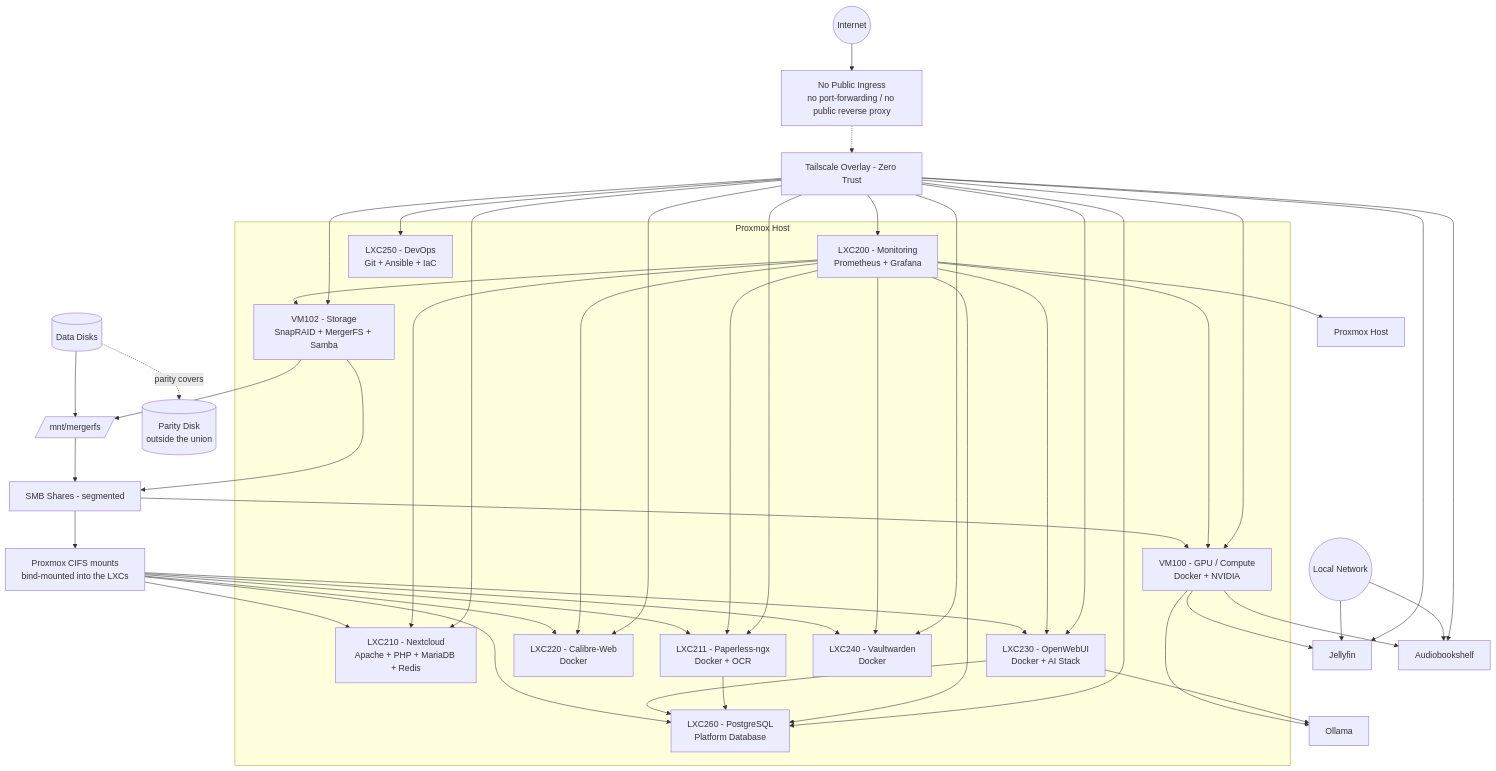
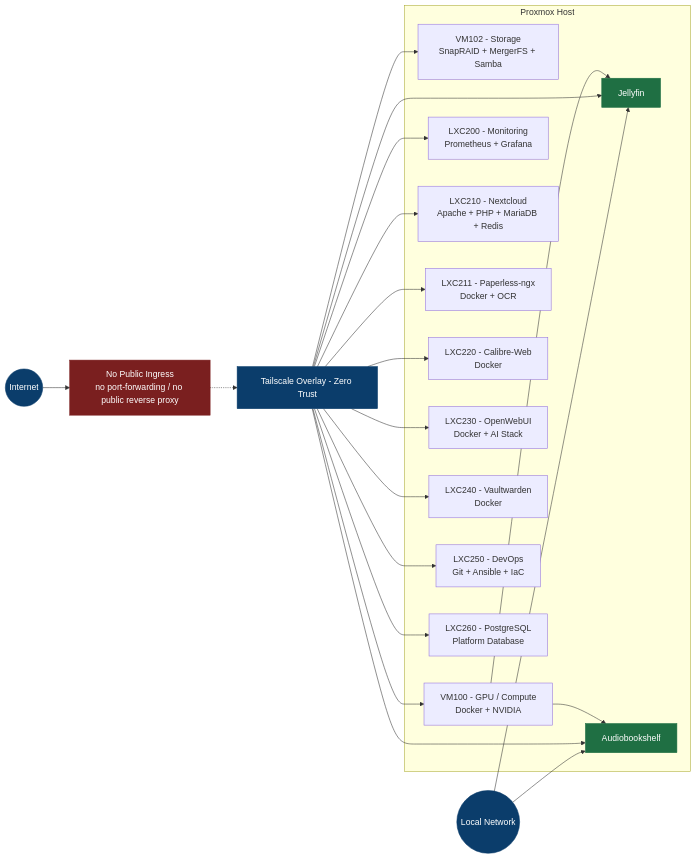
The first of 3 diagrams in docs/architecture/diagram.md (sohanreddyk/homelab-server-architecture), drawn with Mermaid before and after one commit. The commit also changed other lines of this file and 3 other files, not shown here.

````diff
--- a/docs/architecture/diagram.md
+++ b/docs/architecture/diagram.md
@@ -11,7 +22,6 @@
 ```mermaid
-flowchart TB
+flowchart LR
 
-  %% Access Layers
   Internet((Internet))
   LAN((Local Network))
   TS[Tailscale Overlay - Zero Trust]
@@ -20,8 +30,7 @@
   Internet --> NoPublic
   NoPublic -.-> TS
 
-  %% Proxmox Layer
-  subgraph Proxmox Host
+  subgraph host[Proxmox Host]
     VM102[VM102 - Storage<br/>SnapRAID + MergerFS + Samba]
     VM100[VM100 - GPU / Compute<br/>Docker + NVIDIA]
     LXC200[LXC200 - Monitoring<br/>Prometheus + Grafana]
@@ -32,55 +41,13 @@
     LXC240[LXC240 - Vaultwarden<br/>Docker]
     LXC250[LXC250 - DevOps<br/>Git + Ansible + IaC]
     LXC260[LXC260 - PostgreSQL<br/>Platform Database]
+    Jellyfin[Jellyfin]
+    ABS[Audiobookshelf]
   end
 
-  %% Storage Internals
-  Disks[(Data Disks)]
-  Parity[(Parity Disk<br/>outside the union)]
-  MergerFS[/mnt/mergerfs/]
-  Samba[SMB Shares - segmented]
-  HostCIFS[Proxmox CIFS mounts<br/>bind-mounted into the LXCs]
+  VM100 --> Jellyfin
+  VM100 --> ABS
 
-  Disks --> MergerFS
-  Disks -.parity covers.-> Parity
-  MergerFS --> Samba
-  VM102 --> MergerFS
-  VM102 --> Samba
-
-  %% Storage Consumers
-  %% VM100 mounts CIFS itself; the LXCs do not - the host mounts and binds in.
-  Samba --> VM100
-  Samba --> HostCIFS
-  HostCIFS --> LXC210
-  HostCIFS --> LXC211
-  HostCIFS --> LXC220
-  HostCIFS --> LXC230
-  HostCIFS --> LXC240
-  HostCIFS --> LXC260
-
-  %% Database Dependency
-  LXC230 --> LXC260
-  LXC211 --> LXC260
-
-  %% VM100 Services
-  VM100 --> Jellyfin[Jellyfin]
-  VM100 --> ABS[Audiobookshelf]
-  VM100 --> Ollama[Ollama]
-  LXC230 --> Ollama
-
-  %% Monitoring Targets - LXC250 is absent on purpose: it is in no inventory group
-  %% and therefore in no scrape config. That gap is the point, not an omission.
-  LXC200 --> Host[Proxmox Host]
-  LXC200 --> VM102
-  LXC200 --> VM100
-  LXC200 --> LXC210
-  LXC200 --> LXC211
-  LXC200 --> LXC220
-  LXC200 --> LXC230
-  LXC200 --> LXC240
-  LXC200 --> LXC260
-
-  %% Access Model
   TS --> VM100
   TS --> VM102
   TS --> LXC200
@@ -92,10 +59,15 @@
   TS --> LXC250
   TS --> LXC260
 
+  TS --> Jellyfin
+  TS --> ABS
   LAN --> Jellyfin
   LAN --> ABS
 
-  TS --> Jellyfin
-  TS --> ABS
-
+  classDef access fill:#0b3d6b,stroke:#0b3d6b,color:#ffffff
+  classDef blocked fill:#7a1f1f,stroke:#7a1f1f,color:#ffffff
+  classDef media fill:#1f6f43,stroke:#1f6f43,color:#ffffff
+  class Internet,LAN,TS access
+  class NoPublic blocked
+  class Jellyfin,ABS media
 ```
````
